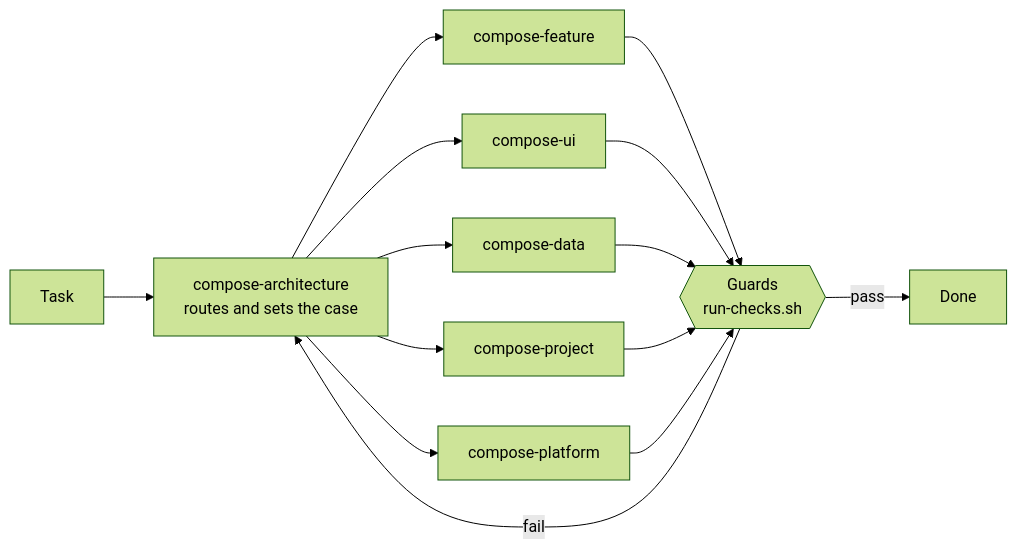
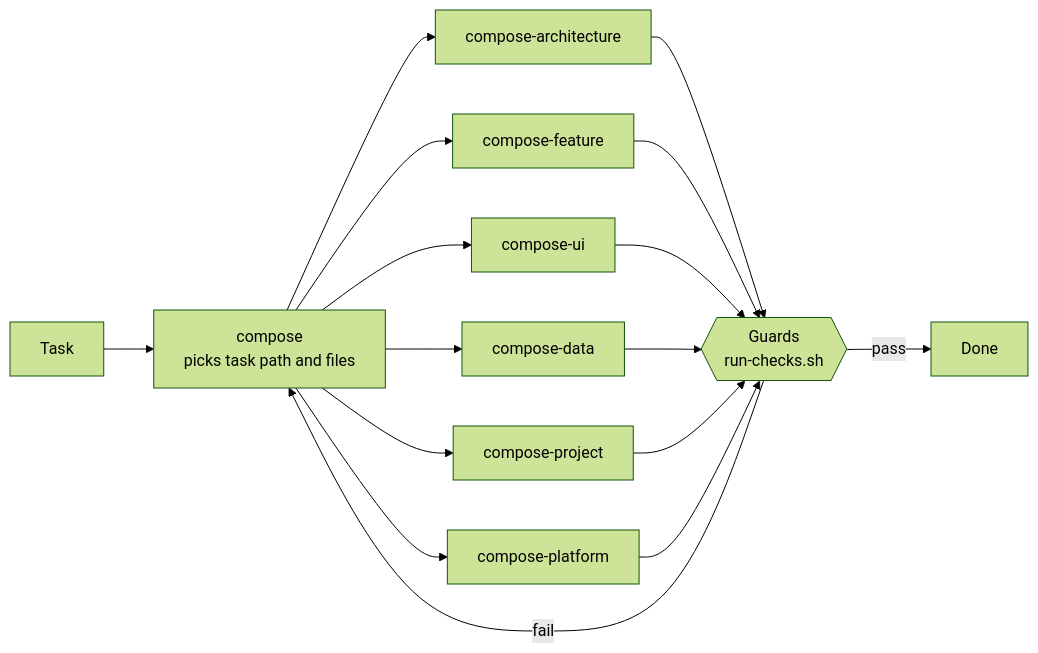
The diagram in skills-v2/README.md (Meet-Miyani/compose-skill), drawn with Mermaid (forest theme) before and after one commit. The commit also changed other lines of this file and 12 other files, not shown here.

First line of the commit message:
skills-v2: fix round 8 (plan step 6): compose entry tree; compose-architecture becomes a topic skill

````diff
--- a/skills-v2/README.md
+++ b/skills-v2/README.md
@@ -125,12 +126,13 @@
 ```mermaid
 flowchart LR
-    T[Task] --> A[compose-architecture<br/>routes and sets the case]
-    A --> F[compose-feature]
-    A --> U[compose-ui]
-    A --> D[compose-data]
-    A --> P[compose-project]
-    A --> M[compose-platform]
-    F & U & D & P & M --> G{{Guards<br/>run-checks.sh}}
+    T[Task] --> C[compose<br/>picks task path and files]
+    C --> A[compose-architecture]
+    C --> F[compose-feature]
+    C --> U[compose-ui]
+    C --> D[compose-data]
+    C --> P[compose-project]
+    C --> M[compose-platform]
+    A & F & U & D & P & M --> G{{Guards<br/>run-checks.sh}}
     G -->|pass| Done[Done]
-    G -->|fail| A
+    G -->|fail| C
 ```
````
